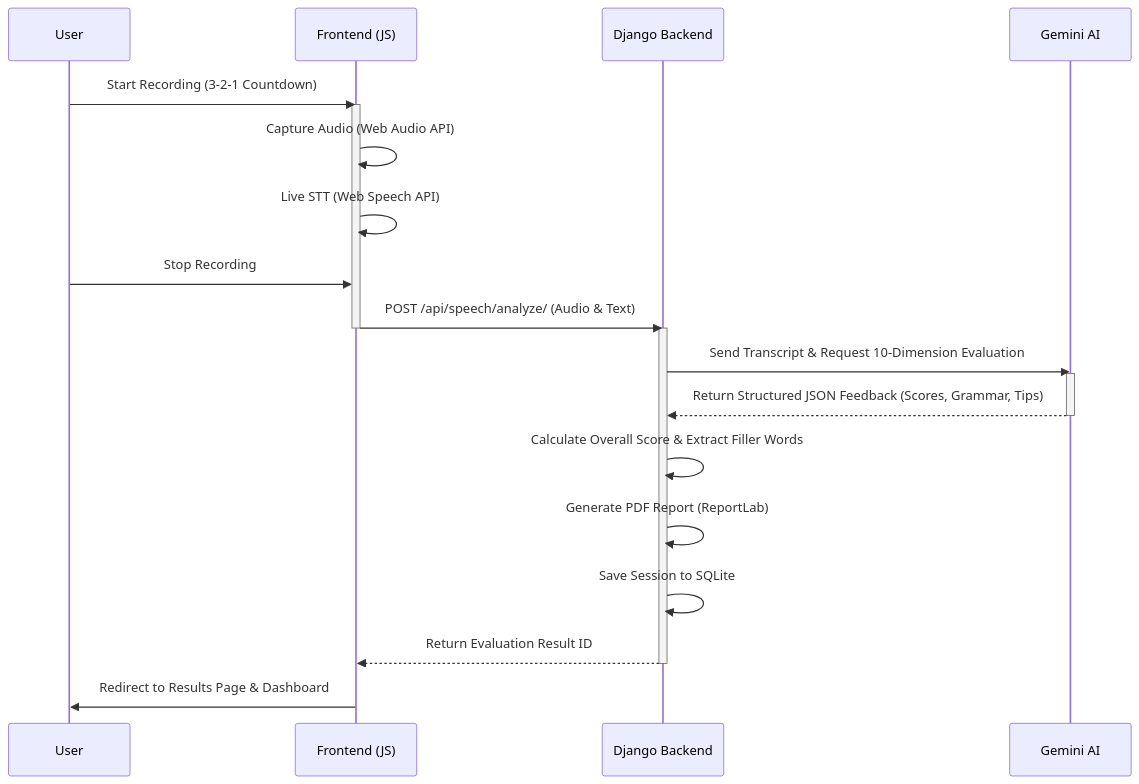
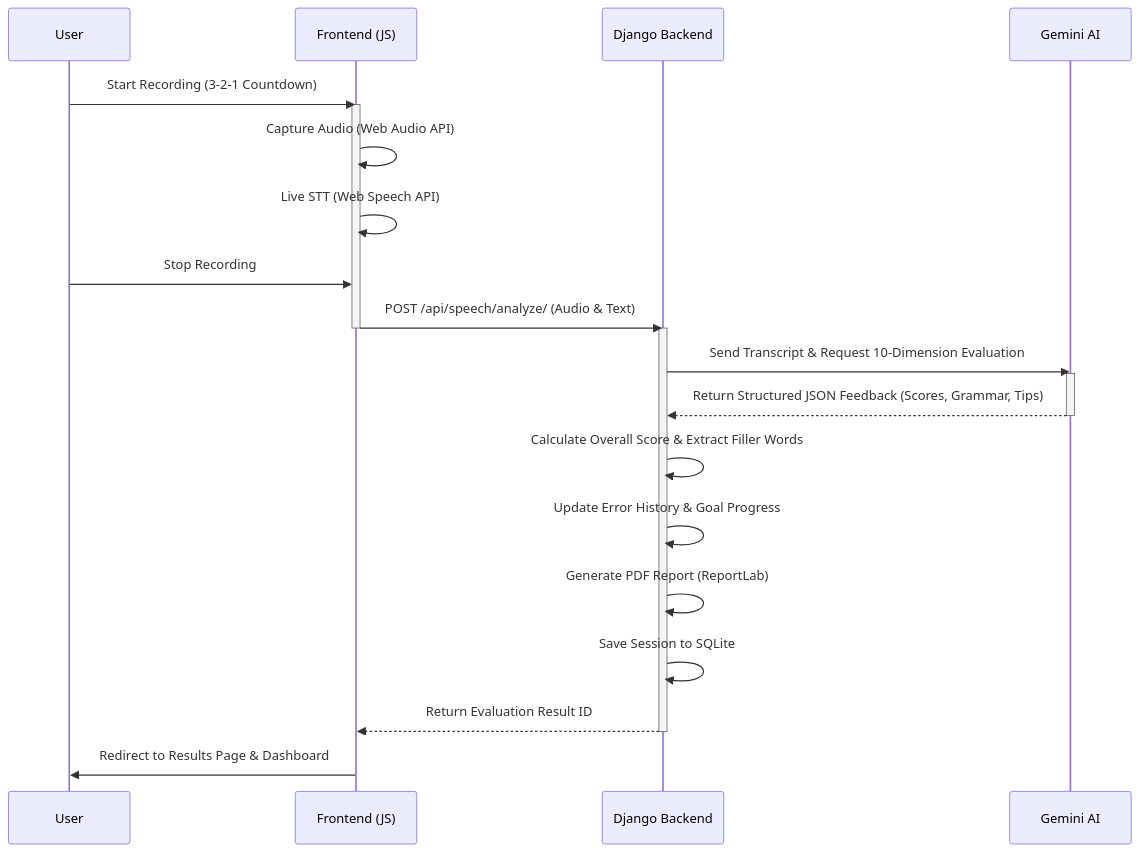
Before and after one commit to Faheemkanniyan/AI_Public_Speaking_Coach: the second of 2 diagrams in README.md, drawn with Mermaid. The commit also changed other lines of this file, not shown here.

````diff
--- a/README.md
+++ b/README.md
@@ -85,29 +85,30 @@
 ```mermaid
 sequenceDiagram
     participant U as User
     participant F as Frontend (JS)
     participant B as Django Backend
     participant AI as Gemini AI
     
     U->>F: Start Recording (3-2-1 Countdown)
     activate F
     F->>F: Capture Audio (Web Audio API)
     F->>F: Live STT (Web Speech API)
     U->>F: Stop Recording
     F->>B: POST /api/speech/analyze/ (Audio & Text)
     deactivate F
     
     activate B
     B->>AI: Send Transcript & Request 10-Dimension Evaluation
     activate AI
     AI-->>B: Return Structured JSON Feedback (Scores, Grammar, Tips)
     deactivate AI
     
     B->>B: Calculate Overall Score & Extract Filler Words
+    B->>B: Update Error History & Goal Progress
     B->>B: Generate PDF Report (ReportLab)
     B->>B: Save Session to SQLite
     B-->>F: Return Evaluation Result ID
     deactivate B
     
     F->>U: Redirect to Results Page & Dashboard
 ```
````
